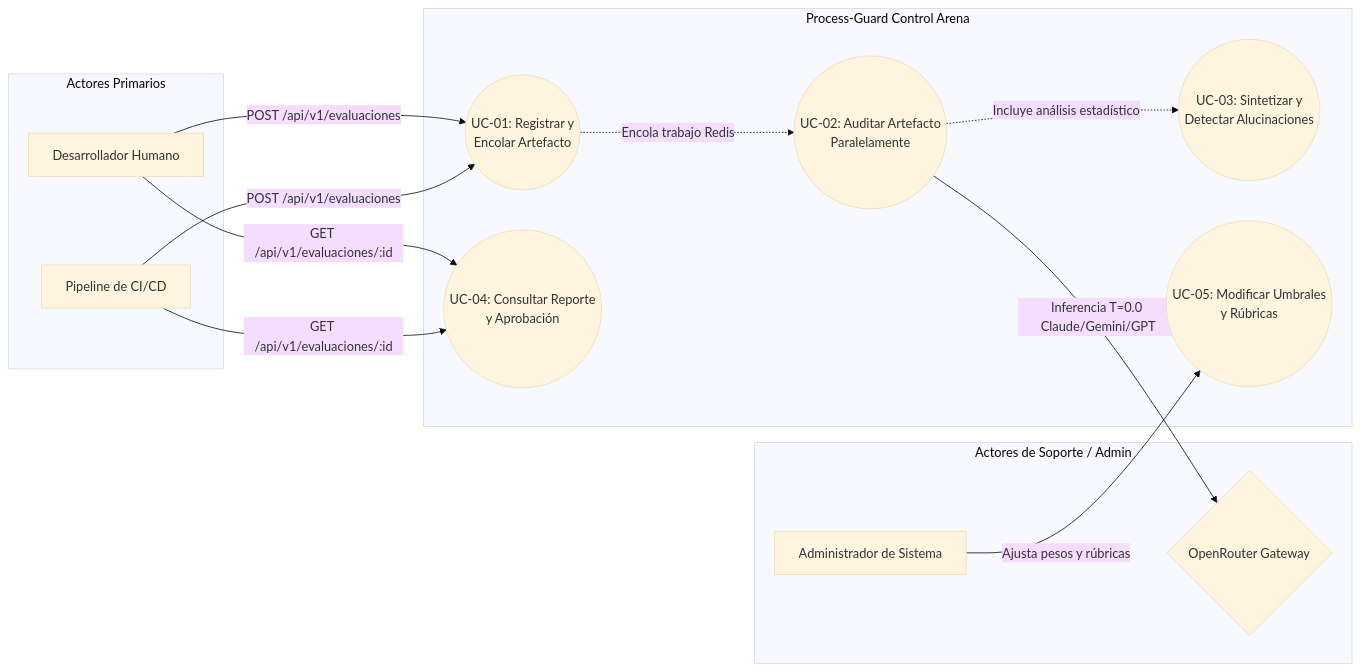
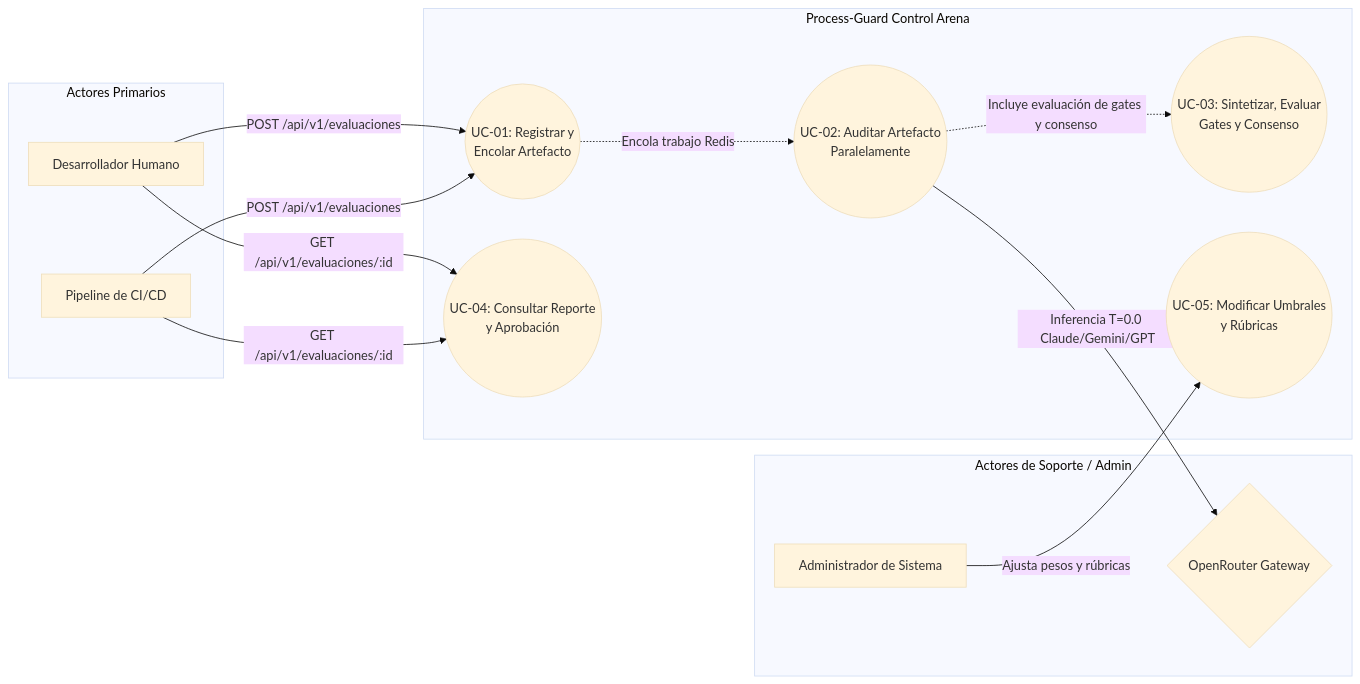
One commit to AXLAAF/Hakaton changed the diagram in tasks/entregables_tarea_2/diagrams/figura_3_casos_uso.md. Above: the diagram before and after it, drawn with Mermaid (base theme). The commit also changed 6 other files, not shown here.

````diff
--- a/tasks/entregables_tarea_2/diagrams/figura_3_casos_uso.md
+++ b/tasks/entregables_tarea_2/diagrams/figura_3_casos_uso.md
@@ -5,35 +5,35 @@
 ```mermaid
 graph LR
     subgraph Actores_Primarios[Actores Primarios]
         U[Desarrollador Humano]
         CI[Pipeline de CI/CD]
     end
 
     subgraph Sistema[Process-Guard Control Arena]
         UC1((UC-01: Registrar y<br>Encolar Artefacto))
         UC2((UC-02: Auditar Artefacto<br>Paralelamente))
-        UC3((UC-03: Sintetizar y<br>Detectar Alucinaciones))
+        UC3((UC-03: Sintetizar, Evaluar<br>Gates y Consenso))
         UC4((UC-04: Consultar Reporte<br>y Aprobación))
         UC5((UC-05: Modificar Umbrales<br>y Rúbricas))
     end
 
     subgraph Actores_Secundarios[Actores de Soporte / Admin]
         OR{OpenRouter Gateway}
         ADM[Administrador de Sistema]
     end
 
     %% Relaciones de actores primarios
     U -->|POST /api/v1/evaluaciones| UC1
     CI -->|POST /api/v1/evaluaciones| UC1
     
     U -->|GET /api/v1/evaluaciones/:id| UC4
     CI -->|GET /api/v1/evaluaciones/:id| UC4
 
     %% Relaciones internas
     UC1 -.->|Encola trabajo Redis| UC2
-    UC2 -.->|Incluye análisis estadístico| UC3
+    UC2 -.->|Incluye evaluación de gates y consenso| UC3
 
     %% Relaciones de actores de soporte/admin
     UC2 -->|Inferencia T=0.0 Claude/Gemini/GPT| OR
     ADM -->|Ajusta pesos y rúbricas| UC5
 ```
````
